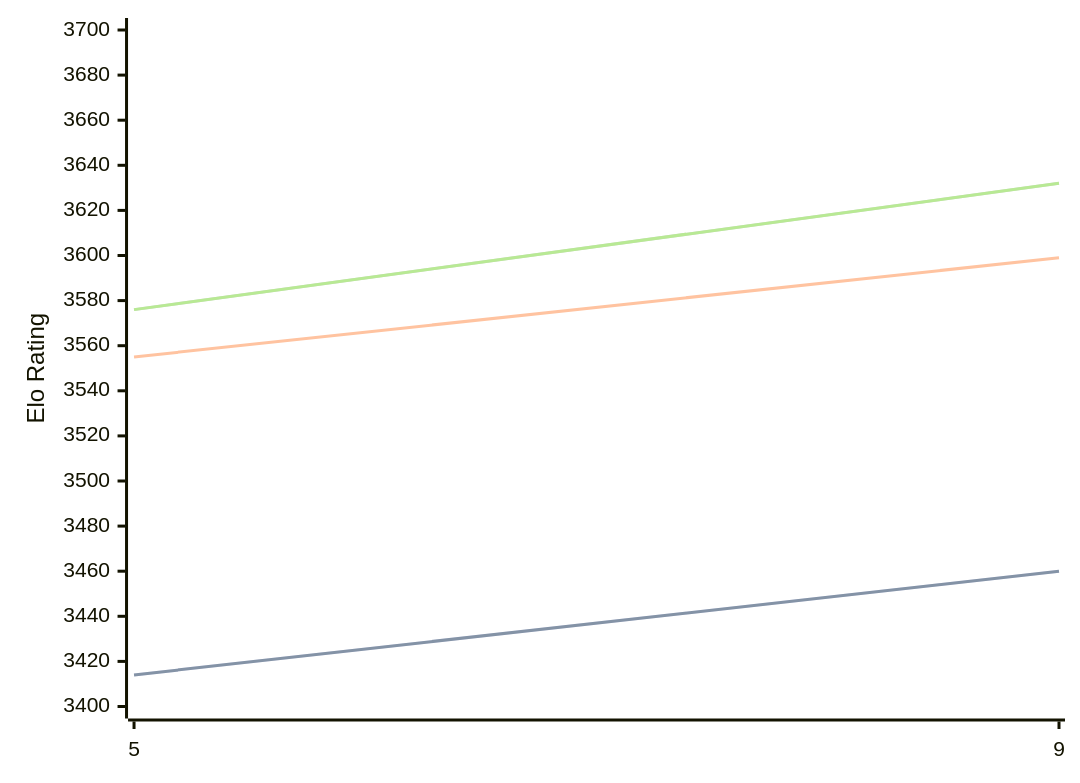
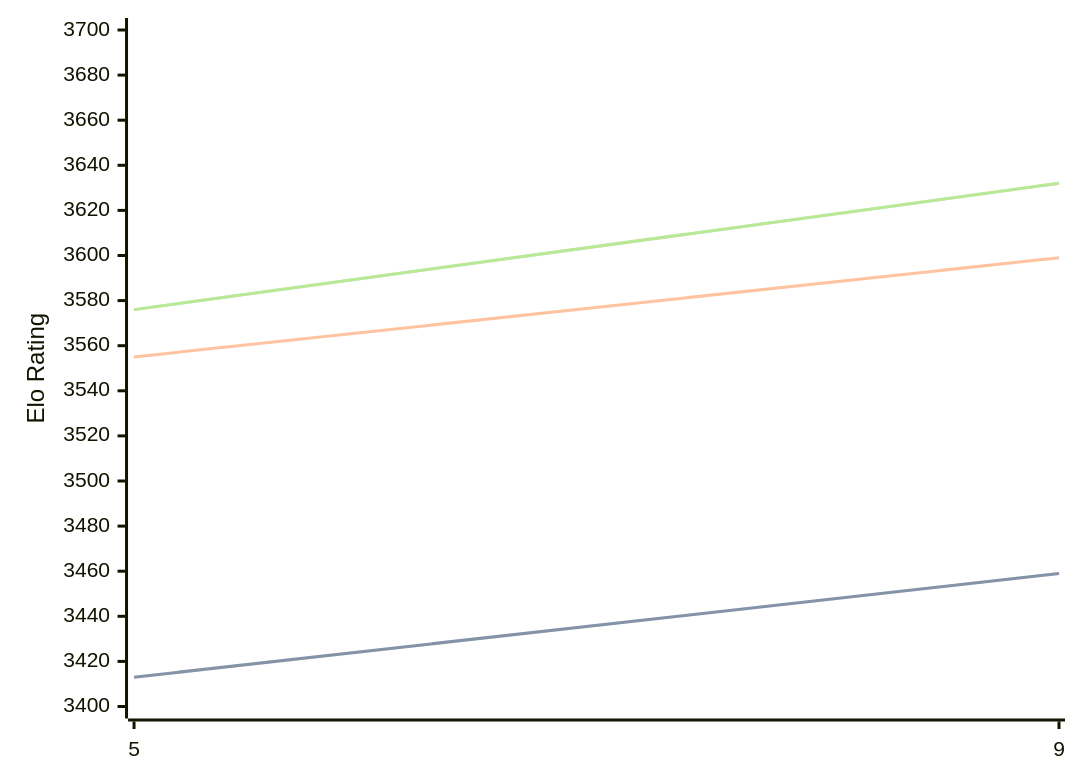
The diagram in engines/Crystal.md (computer-chess-index/cci), drawn with Mermaid before and after one commit. The commit also changed other lines of this file, not shown here.

````diff
--- a/engines/Crystal.md
+++ b/engines/Crystal.md
@@ -58,11 +58,11 @@
 ```mermaid
 %%{init: {"theme":"base","themeVariables":{"seriesColors:['#a3a3a3','#222221','#faa371']}}}%%
 xychart-beta
   x-axis ["5", "9"]
   y-axis "Elo Rating" 3400 --> 3700
-  line "STC (8.0+0.08s)" [3414, 3460]
-  line "STC (8.0+0.08s)" [3414, 3460]
+  line "STC (8.0+0.08s)" [3413, 3459]
+  line "STC (8.0+0.08s)" [3413, 3459]
   line "LTC (60.0+0.60s)" [3555, 3599]
   line "VLTC (2m24s+1.12s)" [3576, 3632]
   line "VLTC (2m24s+1.12s)" [3576, 3632]
 ```
````
